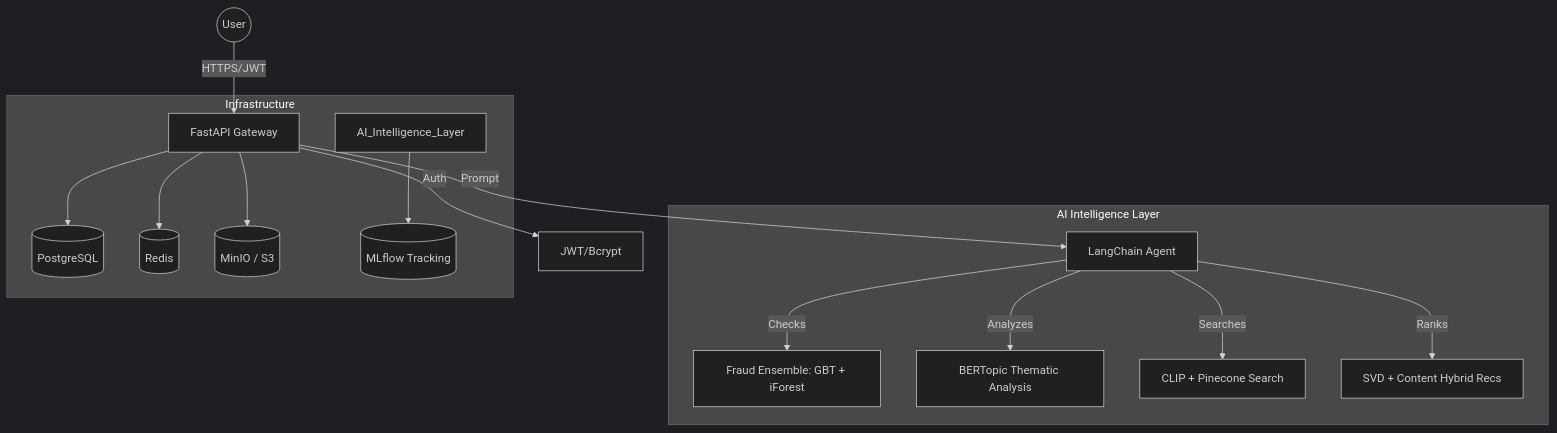
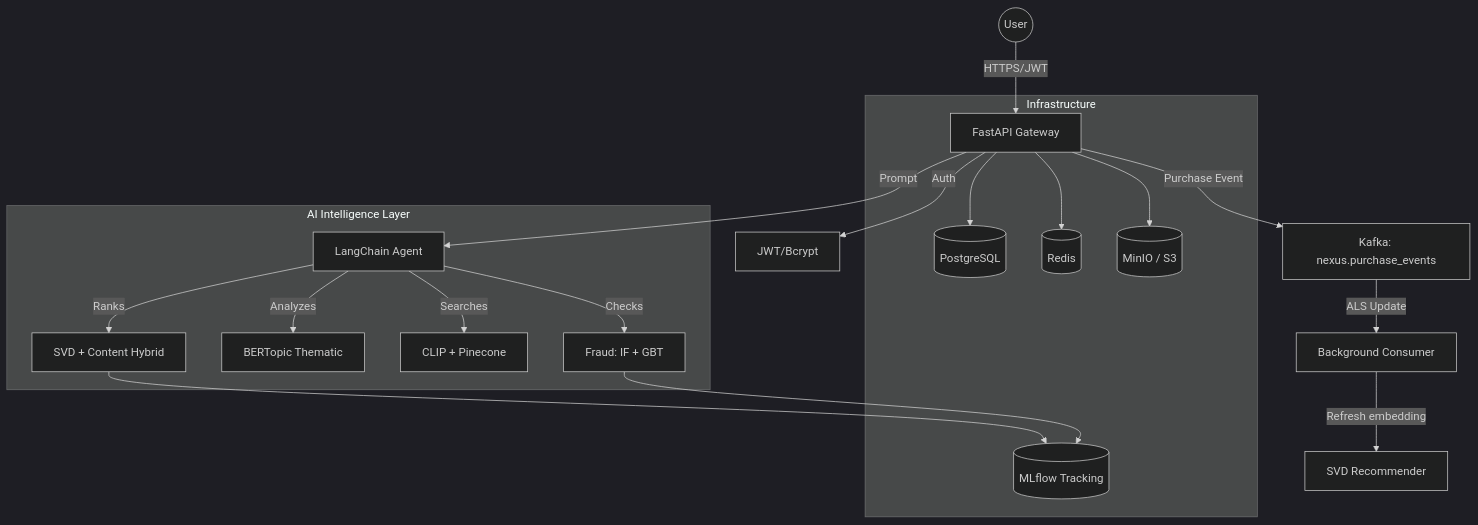
Before and after one commit to raiigauravv/nexus.ai: the diagram in README.md, drawn with Mermaid (dark theme). The commit also changed other lines of this file and 63 other files, not shown here.

First line of the commit message:
feat: complete A+ enterprise architecture upgrades

````diff
--- a/README.md
+++ b/README.md
@@ -33,20 +45,24 @@
 ```mermaid
 graph TD
     User((User)) -->|HTTPS/JWT| API[FastAPI Gateway]
     API -->|Auth| AuthModule[JWT/Bcrypt]
     API -->|Prompt| Agent[LangChain Agent]
-    
+    API -->|Purchase Event| Kafka[Kafka: nexus.purchase_events]
+    Kafka -->|ALS Update| Consumer[Background Consumer]
+    Consumer -->|Refresh embedding| Recommender[SVD Recommender]
+
     subgraph "AI Intelligence Layer"
-        Agent -->|Checks| Fraud[Fraud Ensemble: GBT + iForest]
-        Agent -->|Analyzes| Topics[BERTopic Thematic Analysis]
-        Agent -->|Searches| Vision[CLIP + Pinecone Search]
-        Agent -->|Ranks| Recs[SVD + Content Hybrid Recs]
+        Agent -->|Checks| Fraud[Fraud: IF + GBT]
+        Agent -->|Analyzes| Topics[BERTopic Thematic]
+        Agent -->|Searches| Vision[CLIP + Pinecone]
+        Agent -->|Ranks| Recs[SVD + Content Hybrid]
     end
-    
+
     subgraph "Infrastructure"
         API --> DB[(PostgreSQL)]
         API --> Cache[(Redis)]
         API --> Storage[(MinIO / S3)]
-        AI_Intelligence_Layer --> MLflow[(MLflow Tracking)]
+        Fraud --> MLflow[(MLflow Tracking)]
+        Recs --> MLflow
     end
 ```
````
